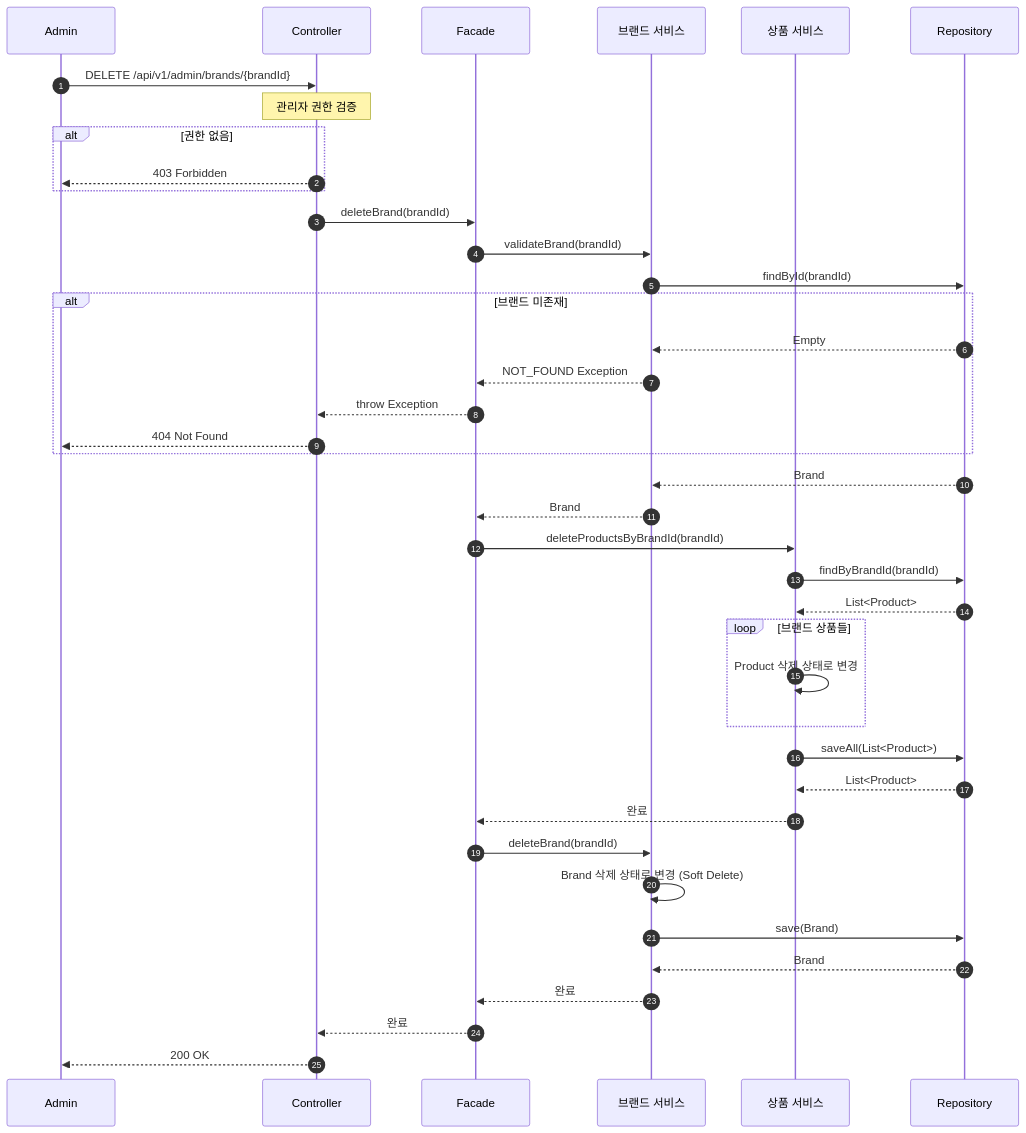
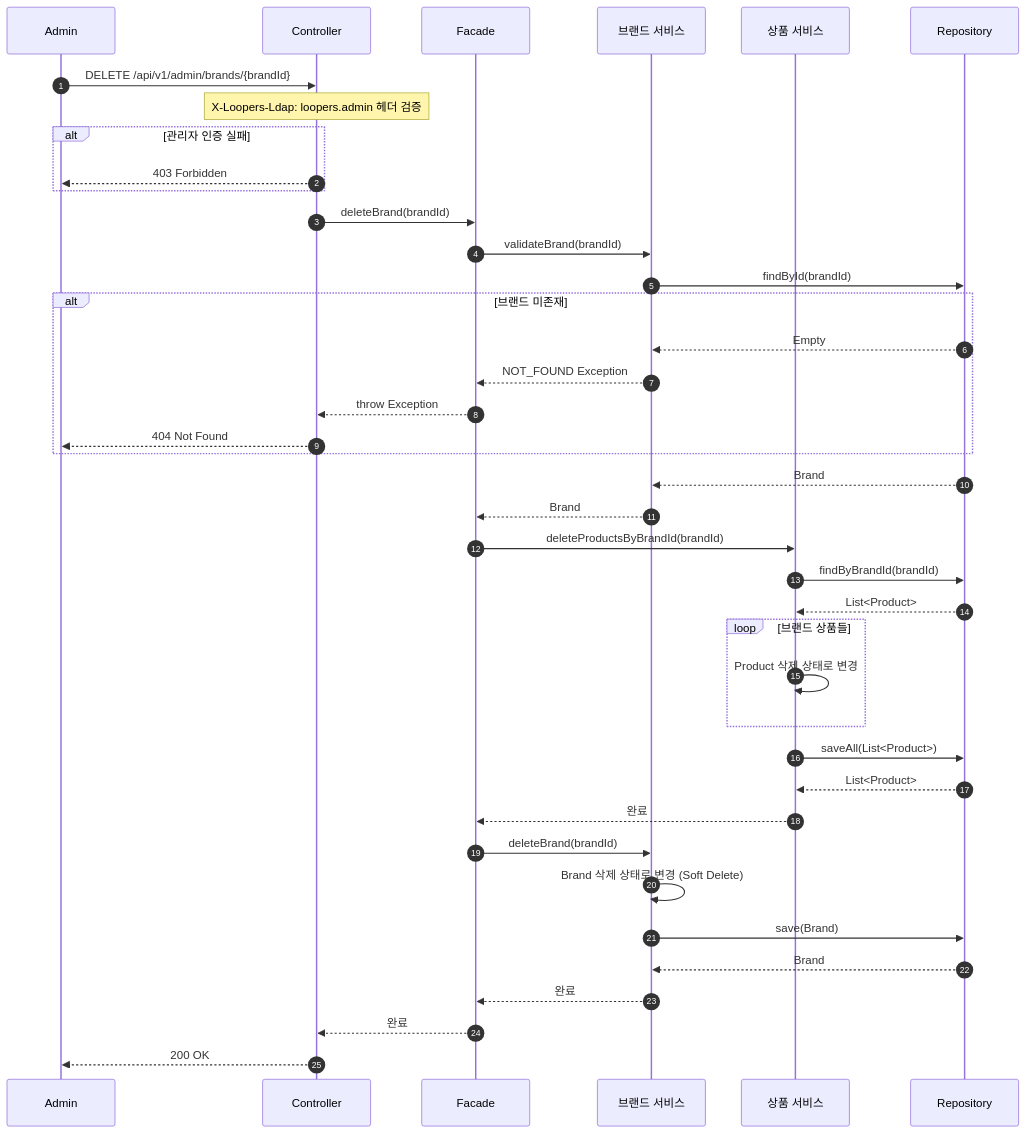
The eighth of 18 diagrams in docs/design/02-sequence-diagram.md (letter333/loop-pack-be-l2-vol3-java), drawn with Mermaid before and after one commit. The commit also changed other lines of this file and 4 other files, not shown here.

````diff
--- a/docs/design/02-sequence-diagram.md
+++ b/docs/design/02-sequence-diagram.md
@@ -258,51 +266,51 @@
 ```mermaid
 sequenceDiagram
     autonumber
     participant Admin
     participant Controller
     participant Facade
     participant BrandService as 브랜드 서비스
     participant ProductService as 상품 서비스
     participant Repository
 
     Admin->>Controller: DELETE /api/v1/admin/brands/{brandId}
-    Note over Controller: 관리자 권한 검증
+    Note over Controller: X-Loopers-Ldap: loopers.admin 헤더 검증
 
-    alt 권한 없음
+    alt 관리자 인증 실패
         Controller-->>Admin: 403 Forbidden
     end
 
     Controller->>Facade: deleteBrand(brandId)
     Facade->>BrandService: validateBrand(brandId)
     BrandService->>Repository: findById(brandId)
 
     alt 브랜드 미존재
         Repository-->>BrandService: Empty
         BrandService-->>Facade: NOT_FOUND Exception
         Facade-->>Controller: throw Exception
         Controller-->>Admin: 404 Not Found
     end
 
     Repository-->>BrandService: Brand
     BrandService-->>Facade: Brand
 
     Facade->>ProductService: deleteProductsByBrandId(brandId)
     ProductService->>Repository: findByBrandId(brandId)
     Repository-->>ProductService: List<Product>
 
     loop 브랜드 상품들
         ProductService->>ProductService: Product 삭제 상태로 변경
     end
 
     ProductService->>Repository: saveAll(List<Product>)
     Repository-->>ProductService: List<Product>
     ProductService-->>Facade: 완료
 
     Facade->>BrandService: deleteBrand(brandId)
     BrandService->>BrandService: Brand 삭제 상태로 변경 (Soft Delete)
     BrandService->>Repository: save(Brand)
     Repository-->>BrandService: Brand
     BrandService-->>Facade: 완료
     Facade-->>Controller: 완료
     Controller-->>Admin: 200 OK
 ```
````
